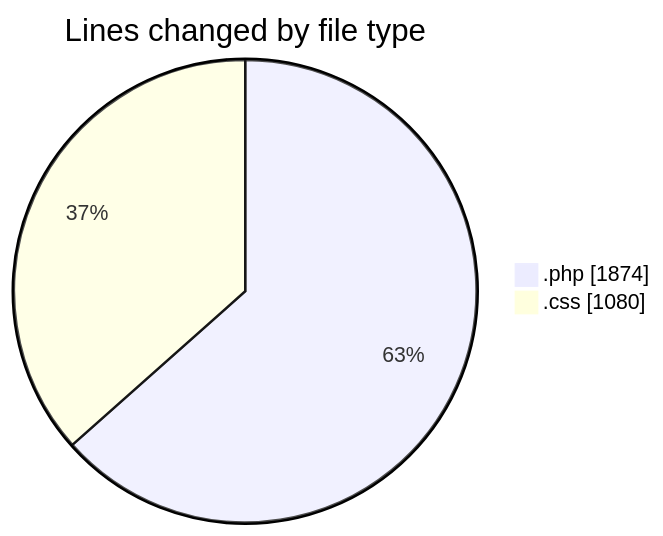
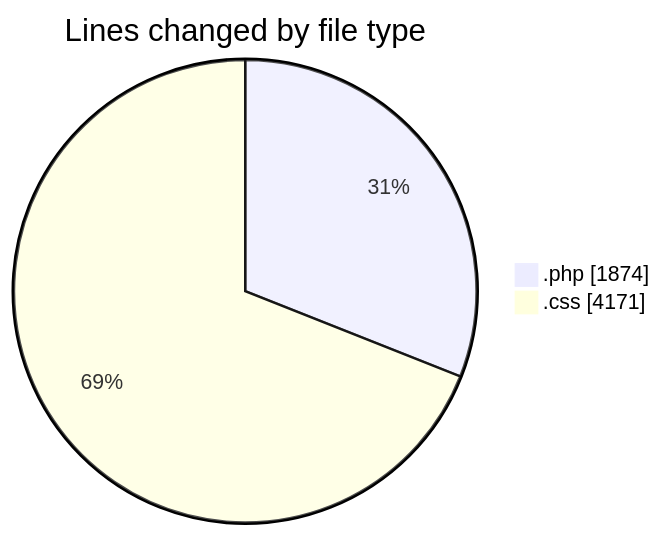
One commit to debugP/code-tracking changed the first of 2 diagrams in 2026-08-14/untitled__workspace_/README.md. Above: the diagram before and after it, drawn with Mermaid. The commit also changed other lines of this file and 1 other file, not shown here.

````diff
--- a/2026-08-14/untitled__workspace_/README.md
+++ b/2026-08-14/untitled__workspace_/README.md
@@ -22,6 +23,6 @@
 ```mermaid
 pie showData
 title Lines changed by file type
 ".php" : 1874
-".css" : 1080
+".css" : 4171
 ```
````
